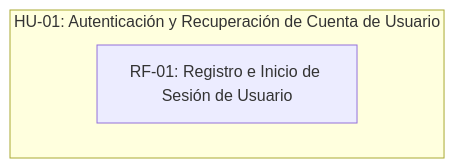
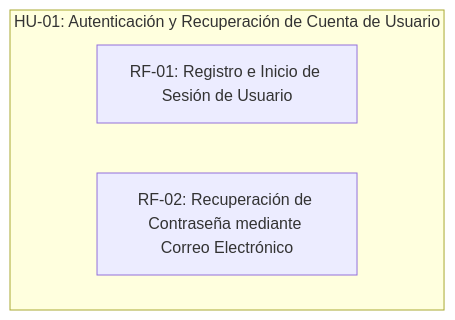
The diagram in scrumDocs/grafo.md (Agustin-PerezR/Dashboard), drawn with Mermaid before and after one commit. The commit also changed other lines of this file, not shown here.

````diff
--- a/scrumDocs/grafo.md
+++ b/scrumDocs/grafo.md
@@ -5,6 +5,7 @@
 ```mermaid
 graph TD
   subgraph US_1788520746036["HU-01: Autenticación y Recuperación de Cuenta de Usuario"]
     REQ_1788521426728["RF-01: Registro e Inicio de Sesión de Usuario"]
+    REQ_1788521431531["RF-02: Recuperación de Contraseña mediante Correo Electrónico"]
   end
 ```
````
